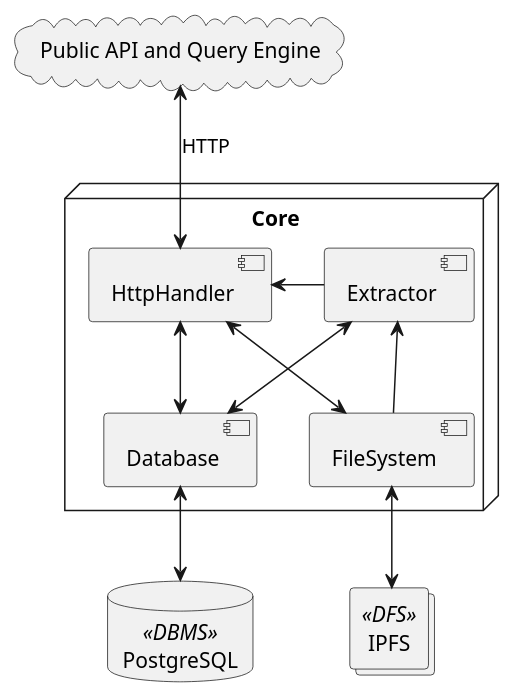
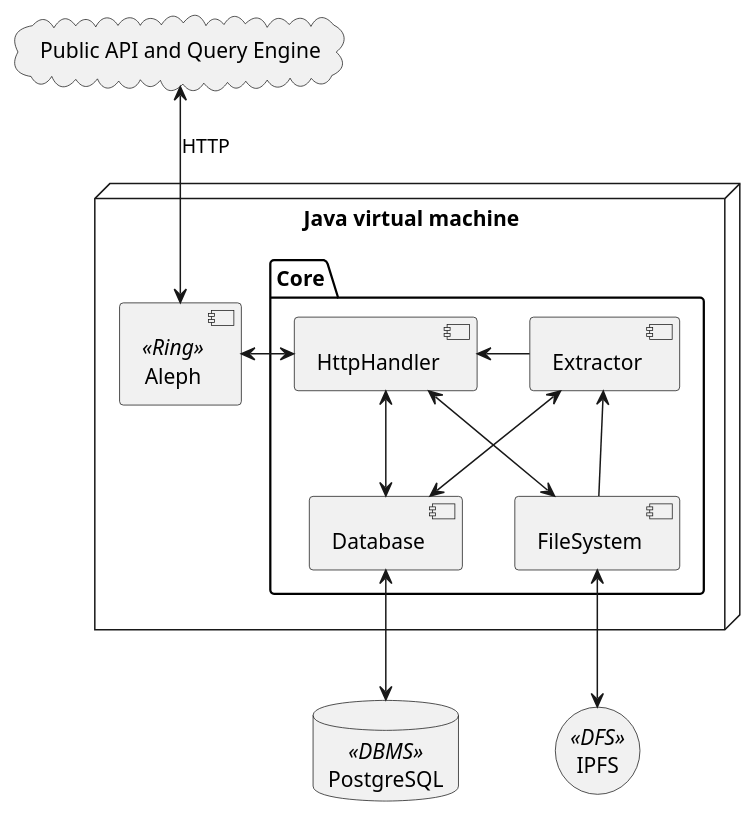
One commit to ComLaKe/core changed the diagram in thesis/figures/tech.puml. Above: the diagram before and after it, drawn with PlantUML. The commit also changed 7 other files, not shown here.

```diff
--- a/thesis/figures/tech.puml
+++ b/thesis/figures/tech.puml
@@ -1,23 +1,27 @@
 @startuml
-node Core {
-    component Database as meta
-    component FileSystem as files
-    component HttpHandler as http
-    component Extractor as extract
+node "Java virtual machine" {
+    component Aleph <<Ring>> as aleph
+    package Core {
+        component Database as meta
+        component FileSystem as files
+        component HttpHandler as http
+        component Extractor as extract
+    }
 }
 
-collections IPFS <<DFS>>
+storage IPFS <<DFS>>
 files <--> IPFS
 
 database PostgreSQL <<DBMS>>
 meta <--> PostgreSQL
 
 http <--> files
 http <--> meta
 http <-right- extract
 extract <-down- files
 extract <-down-> meta
 
 cloud "Public API and Query Engine" as client
-client <--> http : HTTP
+client <--> aleph : HTTP
+aleph <-right-> http
 @enduml
```
